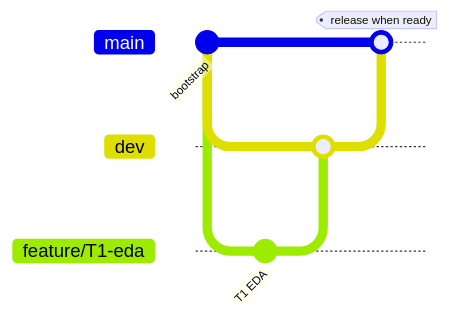
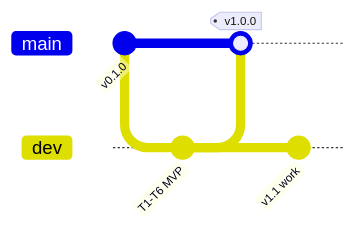
Before and after one commit to peluzzza/PoCAssistantZooplus: the diagram in docs/GIT_WORKFLOW.md, drawn with Mermaid. The commit also changed other lines of this file and 6 other files, not shown here.

````diff
--- a/docs/GIT_WORKFLOW.md
+++ b/docs/GIT_WORKFLOW.md
@@ -38,12 +34,11 @@
 ```mermaid
 gitGraph
-  commit id: "bootstrap"
+  commit id: "v0.1.0"
   branch dev
   checkout dev
-  branch feature/T1-eda
-  commit id: "T1 EDA"
+  commit id: "T1-T6 MVP"
+  checkout main
+  merge dev tag: "v1.0.0"
   checkout dev
-  merge feature/T1-eda
-  checkout main
-  merge dev tag: "release when ready"
+  commit id: "v1.1 work"
 ```
````
